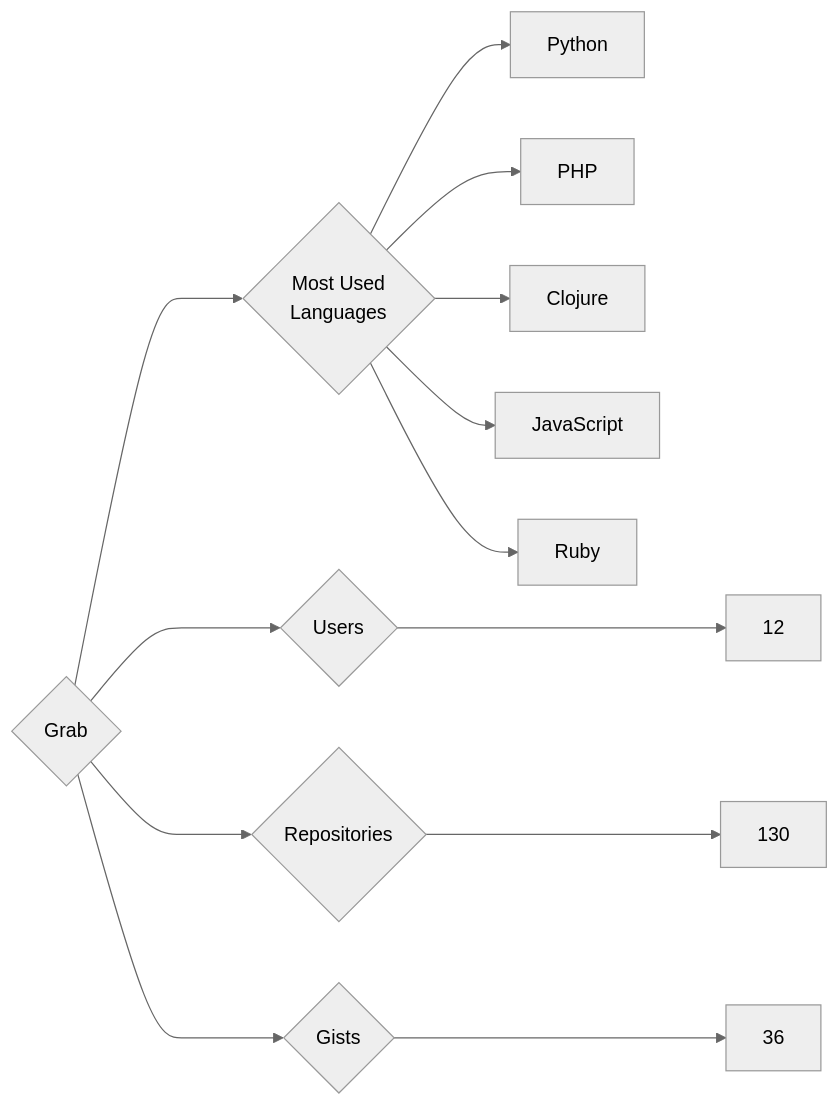
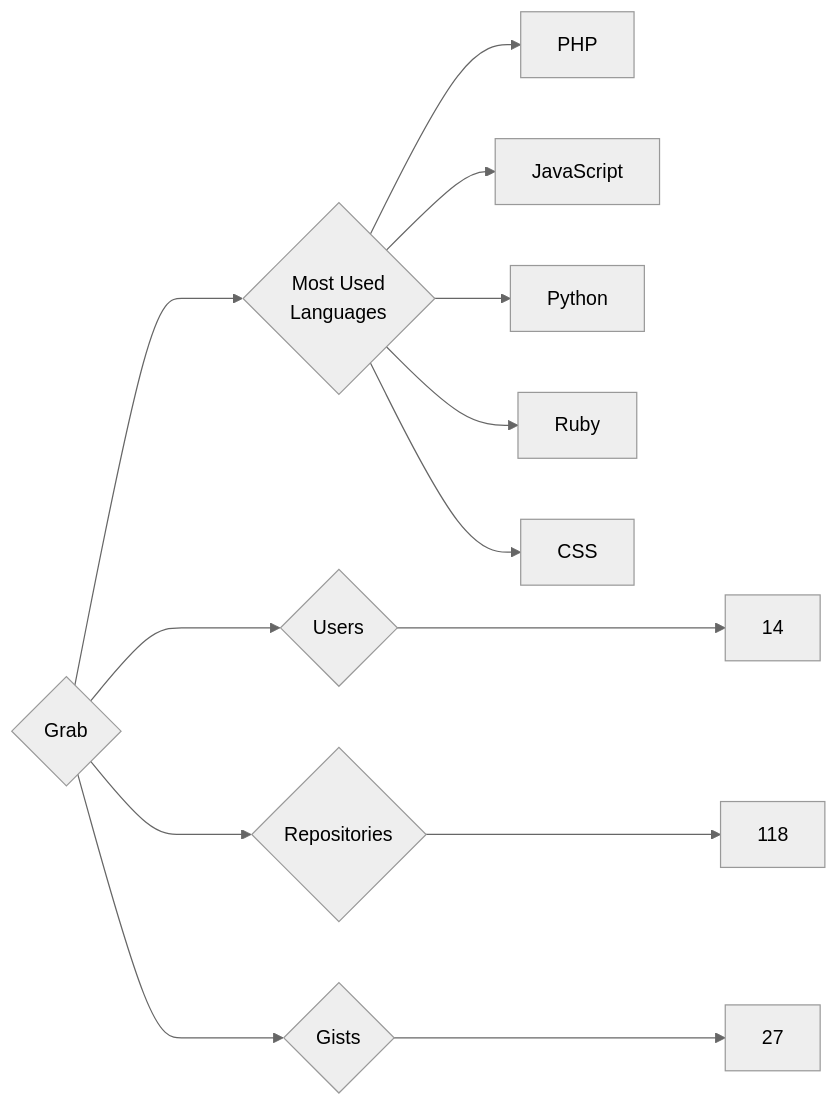
Before and after one commit to trickest/insiders: the diagram in targets/Grab/README.md, drawn with Mermaid (neutral theme). The commit also changed 873 other files, not shown here.

````diff
--- a/targets/Grab/README.md
+++ b/targets/Grab/README.md
@@ -3,13 +3,13 @@
 ```mermaid
 graph LR
 COMPANY_NAME{Grab}
-COMPANY_NAME ---> U{Users} ---> UN[12]
-COMPANY_NAME ---> R{Repositories} ---> RN[130]
-COMPANY_NAME ---> G{Gists} ---> GN[36]
+COMPANY_NAME ---> U{Users} ---> UN[14]
+COMPANY_NAME ---> R{Repositories} ---> RN[118]
+COMPANY_NAME ---> G{Gists} ---> GN[27]
 COMPANY_NAME ---> ML{Most Used<br>Languages}
+ML --> PHP[PHP]
+ML --> JavaScript[JavaScript]
 ML --> Python[Python]
-ML --> PHP[PHP]
-ML --> Clojure[Clojure]
-ML --> JavaScript[JavaScript]
 ML --> Ruby[Ruby]
+ML --> CSS[CSS]
 ```
````
